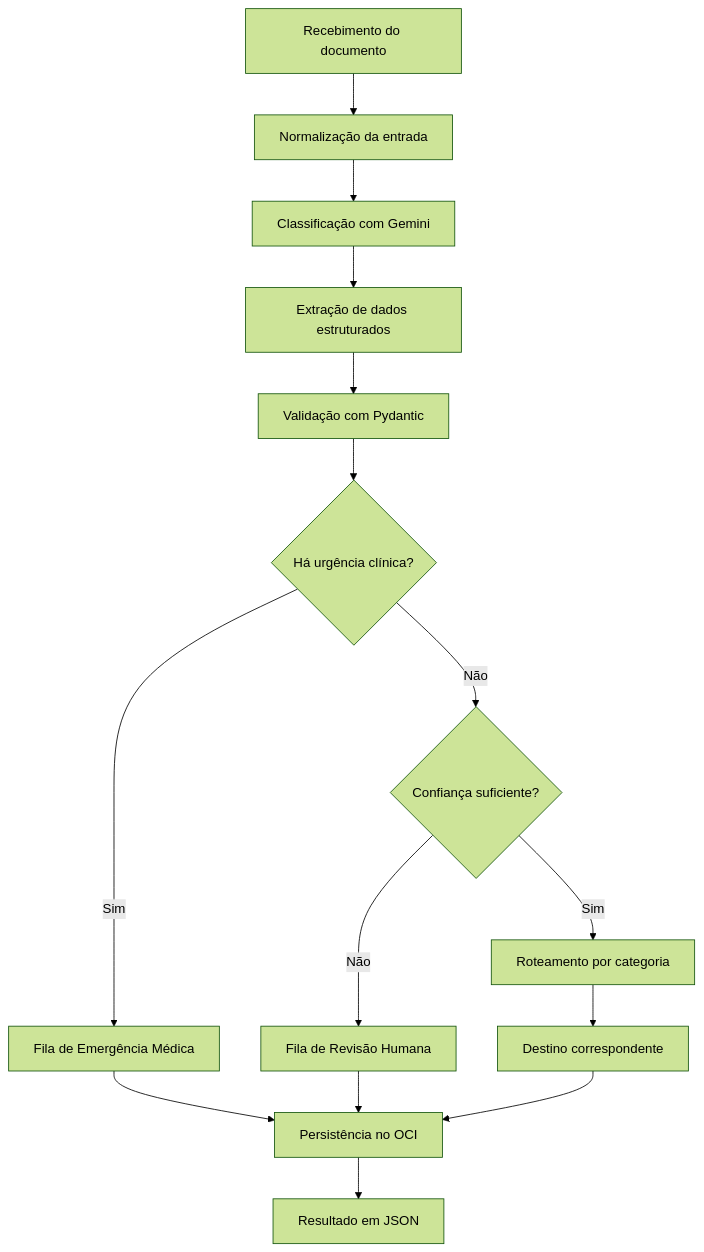
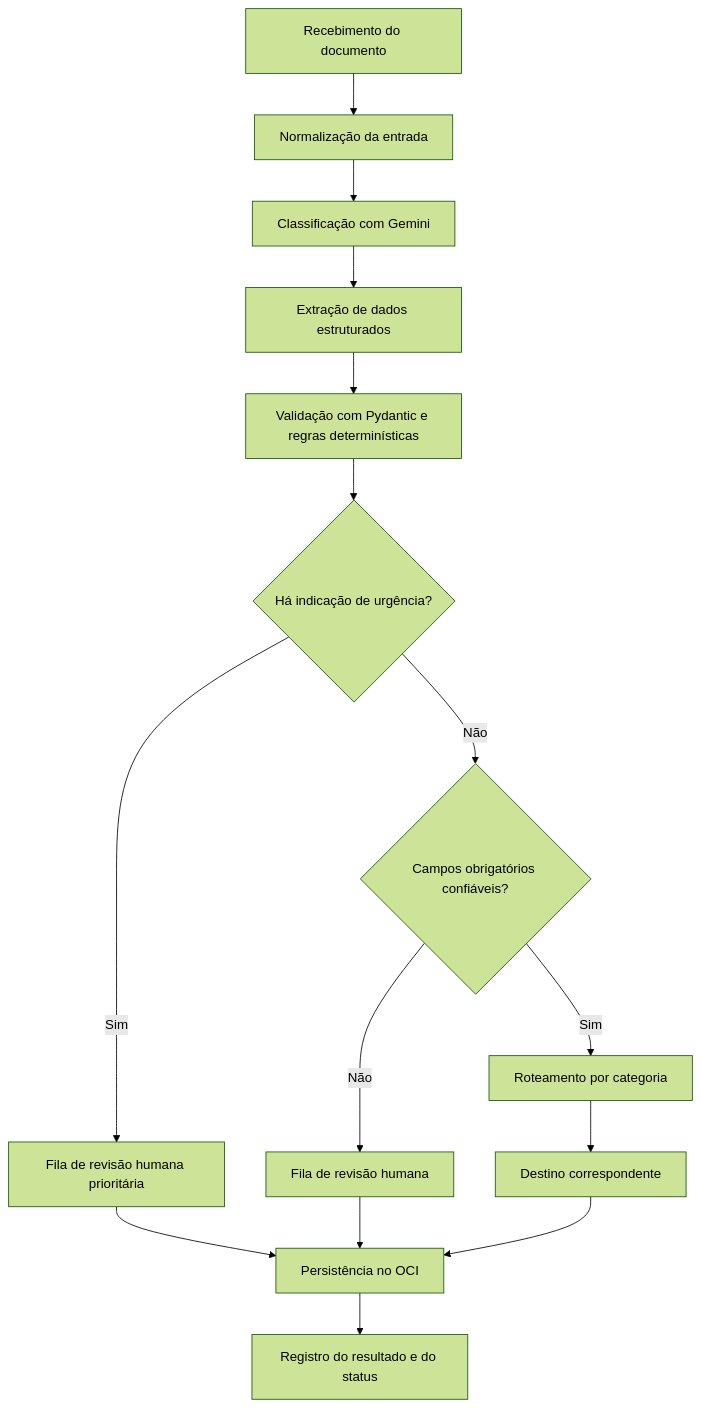
One commit to No-Country-simulation/G10-BRASIL-EQUIPO-3 changed the diagram in docs/doc.md. Above: the diagram before and after it, drawn with Mermaid (forest theme). The commit also changed other lines of this file, not shown here.

````diff
--- a/docs/doc.md
+++ b/docs/doc.md
@@ -84,17 +102,22 @@
 ```mermaid
 flowchart TD
     A[Recebimento do documento] --> B[Normalização da entrada]
     B --> C[Classificação com Gemini]
     C --> D[Extração de dados estruturados]
-    D --> E[Validação com Pydantic]
-    E --> F{Há urgência clínica?}
-    F -->|Sim| G[Fila de Emergência Médica]
-    F -->|Não| H{Confiança suficiente?}
-    H -->|Não| I[Fila de Revisão Humana]
+    D --> E[Validação com Pydantic e regras determinísticas]
+    E --> F{Há indicação de urgência?}
+
+    F -->|Sim| G[Fila de revisão humana prioritária]
+    F -->|Não| H{Campos obrigatórios confiáveis?}
+
+    H -->|Não| I[Fila de revisão humana]
     H -->|Sim| J[Roteamento por categoria]
+
     J --> K[Destino correspondente]
+
     G --> L[Persistência no OCI]
     I --> L
     K --> L
-    L --> M[Resultado em JSON]
+
+    L --> M[Registro do resultado e do status]
 ```
````
